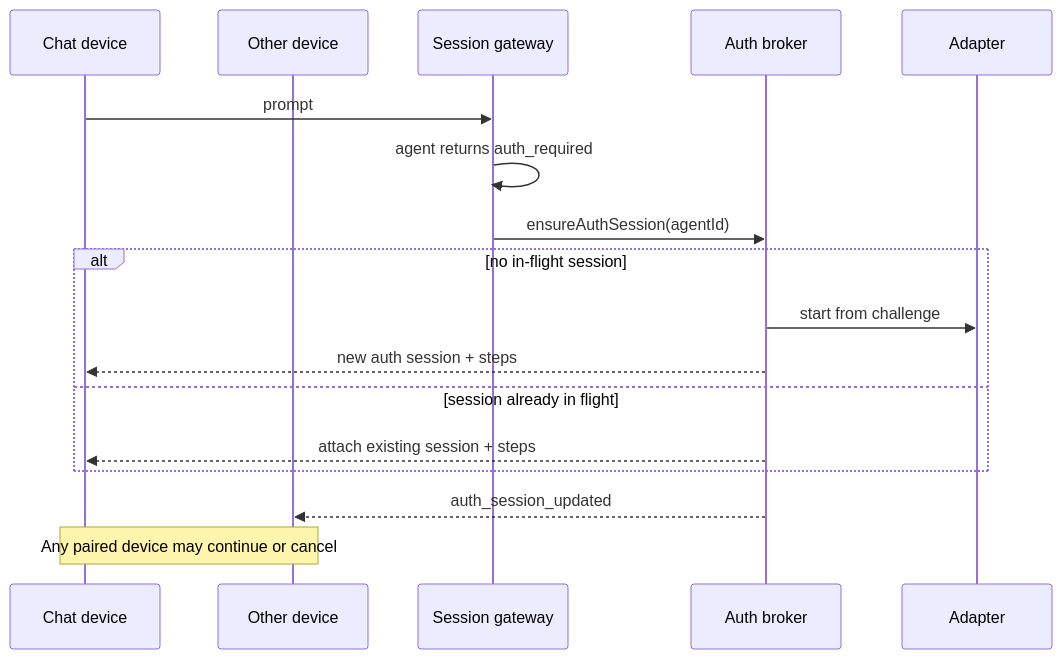
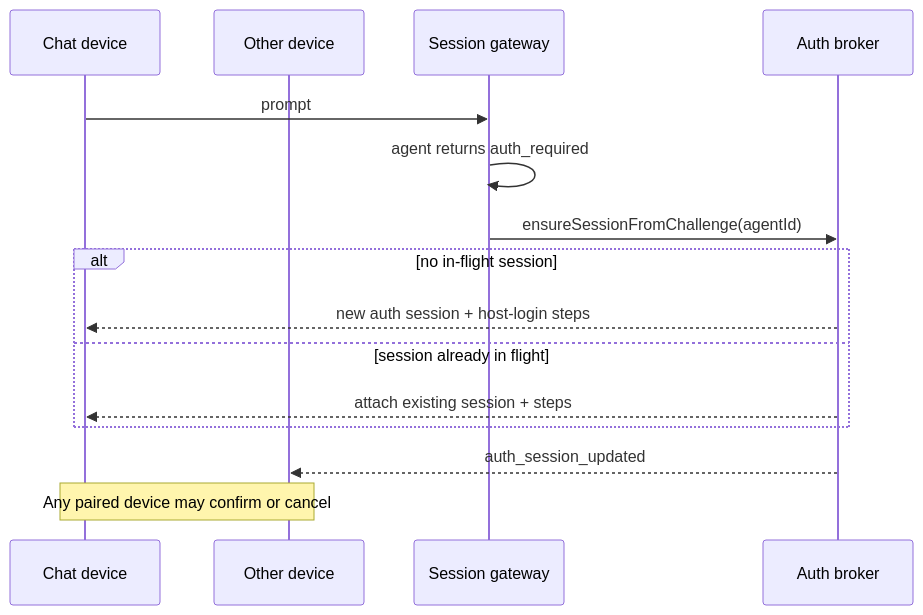
Before and after one commit to codenamegary/harold: the fifth of 7 diagrams in docs/adr/0004-agent-auth-broker.md, drawn with Mermaid. The commit also changed other lines of this file and 1 other file, not shown here.

````diff
--- a/docs/adr/0004-agent-auth-broker.md
+++ b/docs/adr/0004-agent-auth-broker.md
@@ -210,22 +209,20 @@
 ```mermaid
 sequenceDiagram
   participant Chat as Chat device
   participant Other as Other device
   participant Gateway as Session gateway
   participant Broker as Auth broker
-  participant Adapter
 
   Chat->>Gateway: prompt
   Gateway->>Gateway: agent returns auth_required
-  Gateway->>Broker: ensureAuthSession(agentId)
+  Gateway->>Broker: ensureSessionFromChallenge(agentId)
 
   alt no in-flight session
-    Broker->>Adapter: start from challenge
-    Broker-->>Chat: new auth session + steps
+    Broker-->>Chat: new auth session + host-login steps
   else session already in flight
     Broker-->>Chat: attach existing session + steps
   end
 
   Broker-->>Other: auth_session_updated
-  Note over Chat,Other: Any paired device may continue or cancel
+  Note over Chat,Other: Any paired device may confirm or cancel
 ```
````
